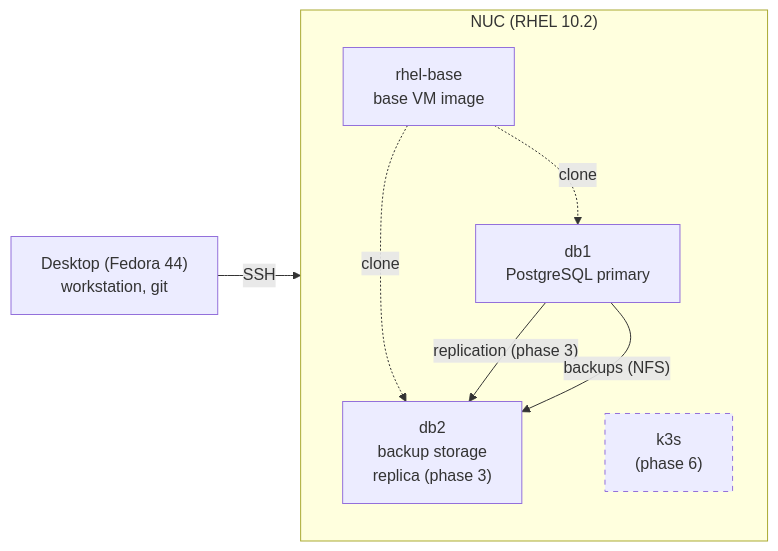
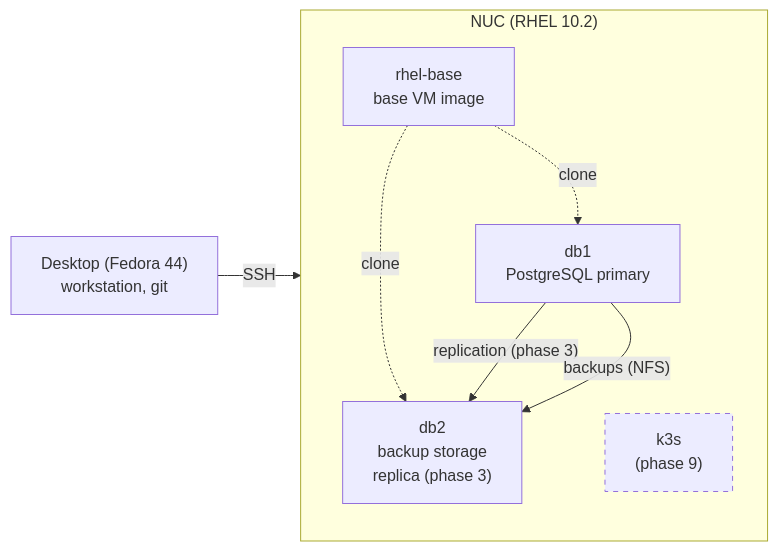
Before and after one commit to marin-orejas/rhel-data-platform: the diagram in README.md, drawn with Mermaid. The commit also changed other lines of this file and 2 other files, not shown here.

First line of the commit message:
docs(roadmap): split later phases into one-day lessons

````diff
--- a/README.md
+++ b/README.md
@@ -13,17 +15,17 @@
 ```mermaid
 flowchart LR
     desk["Desktop (Fedora 44)<br/>workstation, git"]
     subgraph nuc["NUC (RHEL 10.2)"]
         base["rhel-base<br/>base VM image"]
         db1["db1<br/>PostgreSQL primary"]
         db2["db2<br/>backup storage<br/>replica (phase 3)"]
-        k3s["k3s<br/>(phase 6)"]
+        k3s["k3s<br/>(phase 9)"]
         base -. clone .-> db1
         base -. clone .-> db2
         db1 -- "replication (phase 3)" --> db2
         db1 -- "backups (NFS)" --> db2
     end
     desk -- SSH --> nuc
     classDef planned stroke-dasharray: 5 5
     class k3s planned
 ```
````
